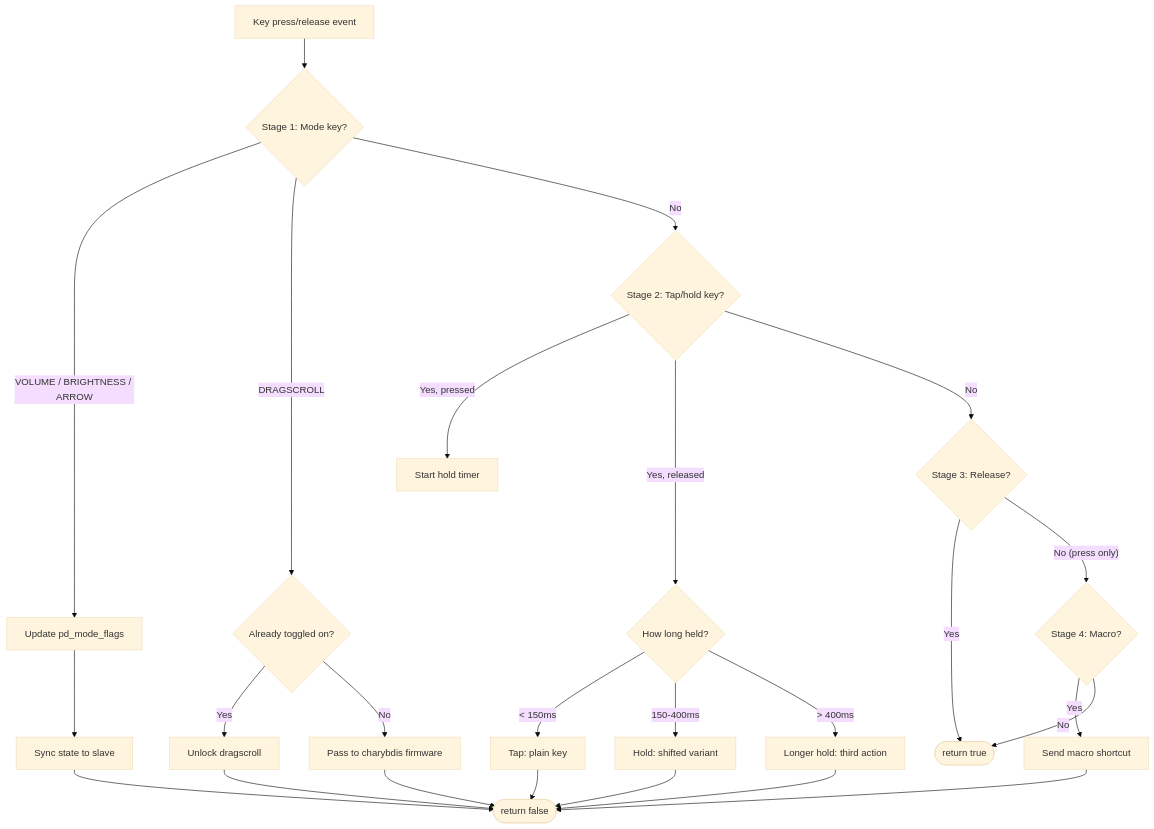
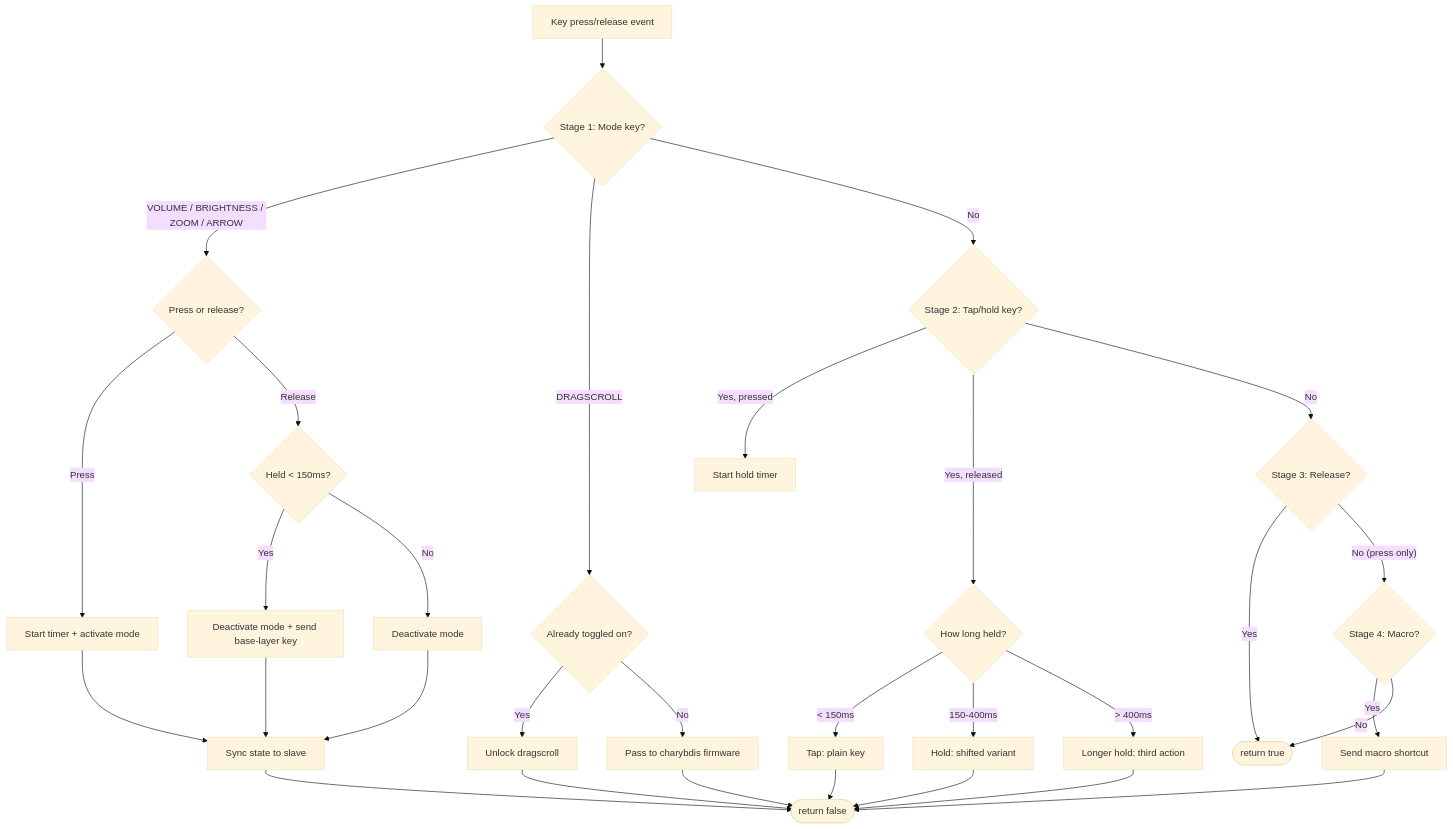
One commit to NoahCLR/charybdis-4x6 changed the third of 7 diagrams in DIAGRAMS.md. Above: the diagram before and after it, drawn with Mermaid (base theme). The commit also changed other lines of this file and 5 other files, not shown here.

First line of the commit message:
Add zoom mode, tap/hold mode keys, and documentation updates

````diff
--- a/DIAGRAMS.md
+++ b/DIAGRAMS.md
@@ -72,31 +72,37 @@
 ```mermaid
 flowchart TD
     A[Key press/release event] --> B{Stage 1: Mode key?}
-    B -- "VOLUME / BRIGHTNESS / ARROW" --> C[Update pd_mode_flags]
-    C --> D[Sync state to slave]
+    B -- "VOLUME / BRIGHTNESS / ZOOM / ARROW" --> C{Press or release?}
+    C -- Press --> C1[Start timer + activate mode]
+    C -- Release --> C2{Held < 150ms?}
+    C2 -- Yes --> C3[Deactivate mode + send base-layer key]
+    C2 -- No --> C4[Deactivate mode]
+    C1 --> D[Sync state to slave]
+    C3 --> D
+    C4 --> D
     D --> STOP([return false])
 
     B -- "DRAGSCROLL" --> E{Already toggled on?}
     E -- Yes --> F[Unlock dragscroll]
     E -- No --> G[Pass to charybdis firmware]
     F --> STOP
     G --> STOP
 
     B -- No --> H{Stage 2: Tap/hold key?}
     H -- Yes, pressed --> I[Start hold timer]
     H -- Yes, released --> J{How long held?}
     J -- "< 150ms" --> K[Tap: plain key]
     J -- "150-400ms" --> L[Hold: shifted variant]
     J -- "> 400ms" --> M[Longer hold: third action]
     K --> STOP
     L --> STOP
     M --> STOP
 
     H -- No --> N{Stage 3: Release?}
     N -- Yes --> PASS([return true])
 
     N -- "No (press only)" --> O{Stage 4: Macro?}
     O -- Yes --> P[Send macro shortcut]
     P --> STOP
     O -- No --> PASS
 ```
````
